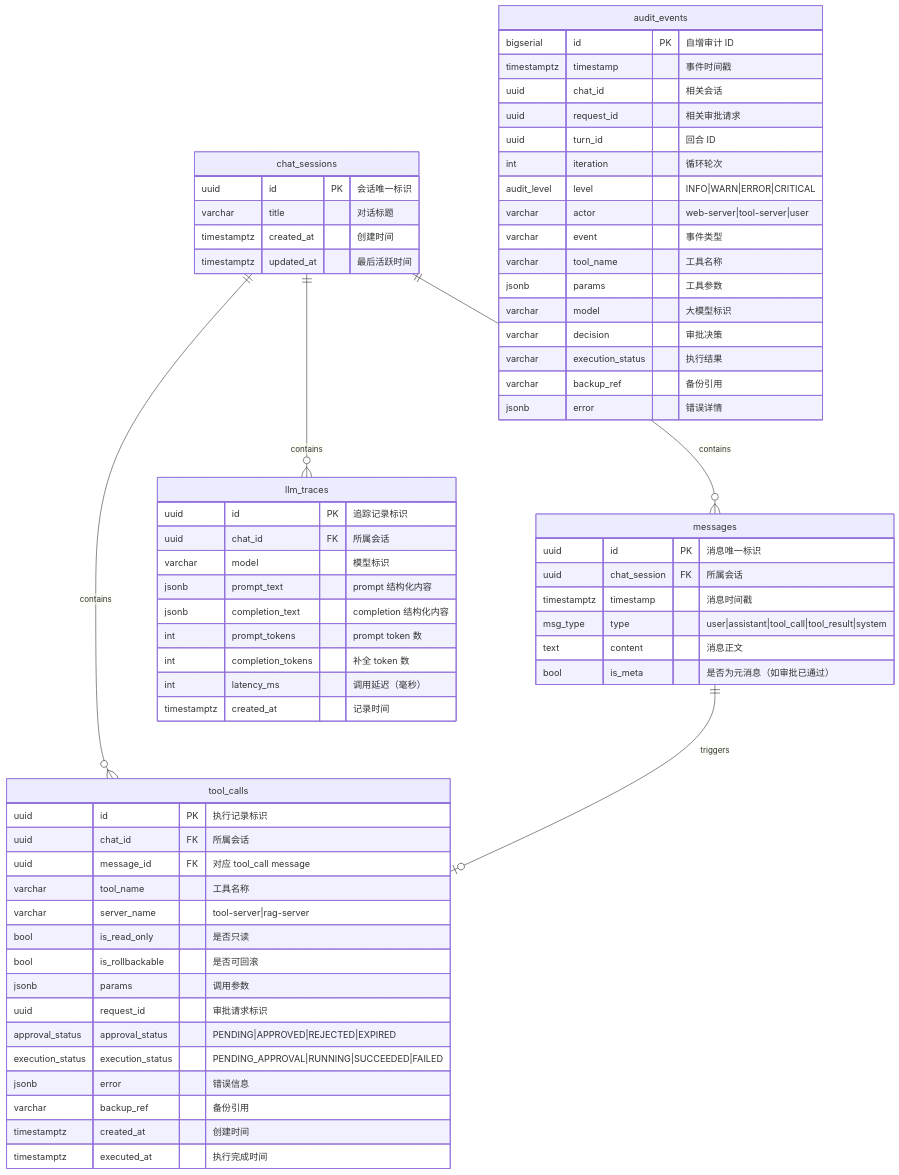
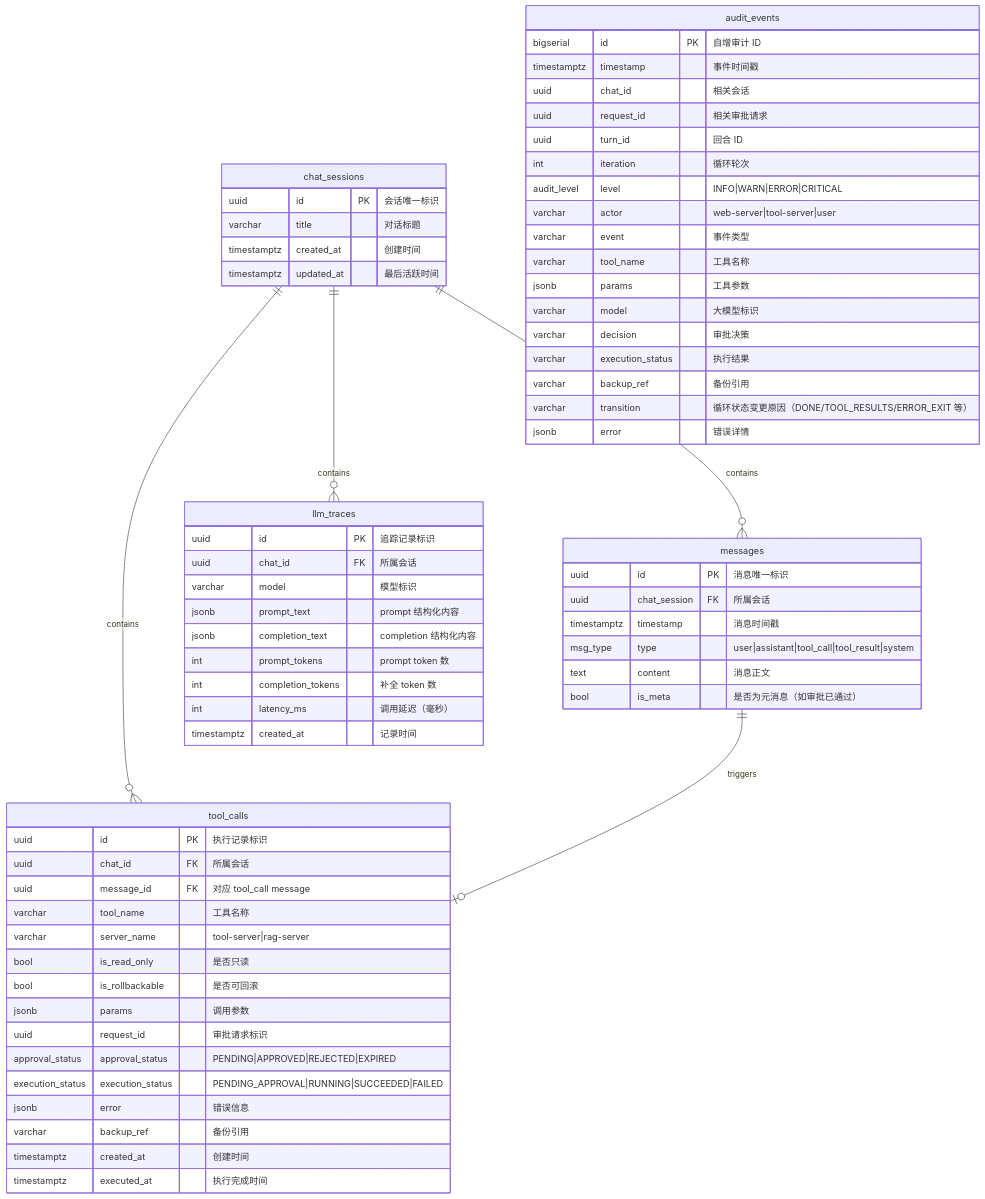
The diagram in doc/数据库设计.md (nazzeDe/alascup-agent), drawn with Mermaid before and after one commit. The commit also changed other lines of this file and 14 other files, not shown here.

````diff
--- a/doc/数据库设计.md
+++ b/doc/数据库设计.md
@@ -14,72 +14,73 @@
 ```mermaid
 erDiagram
     chat_sessions {
         uuid id PK "会话唯一标识"
         varchar title "对话标题"
         timestamptz created_at "创建时间"
         timestamptz updated_at "最后活跃时间"
     }
 
     messages {
         uuid id PK "消息唯一标识"
         uuid chat_session FK "所属会话"
         timestamptz timestamp "消息时间戳"
         msg_type type "user|assistant|tool_call|tool_result|system"
         text content "消息正文"
         bool is_meta "是否为元消息（如审批已通过）"
     }
 
     tool_calls {
         uuid id PK "执行记录标识"
         uuid chat_id FK "所属会话"
         uuid message_id FK "对应 tool_call message"
         varchar tool_name "工具名称"
         varchar server_name "tool-server|rag-server"
         bool is_read_only "是否只读"
         bool is_rollbackable "是否可回滚"
         jsonb params "调用参数"
         uuid request_id "审批请求标识"
         approval_status approval_status "PENDING|APPROVED|REJECTED|EXPIRED"
         execution_status execution_status "PENDING_APPROVAL|RUNNING|SUCCEEDED|FAILED"
         jsonb error "错误信息"
         varchar backup_ref "备份引用"
         timestamptz created_at "创建时间"
         timestamptz executed_at "执行完成时间"
     }
 
     audit_events {
         bigserial id PK "自增审计 ID"
         timestamptz timestamp "事件时间戳"
         uuid chat_id "相关会话"
         uuid request_id "相关审批请求"
         uuid turn_id "回合 ID"
         int iteration "循环轮次"
         audit_level level "INFO|WARN|ERROR|CRITICAL"
         varchar actor "web-server|tool-server|user"
         varchar event "事件类型"
         varchar tool_name "工具名称"
         jsonb params "工具参数"
         varchar model "大模型标识"
         varchar decision "审批决策"
         varchar execution_status "执行结果"
         varchar backup_ref "备份引用"
+        varchar transition "循环状态变更原因（DONE/TOOL_RESULTS/ERROR_EXIT 等）"
         jsonb error "错误详情"
     }
 
     llm_traces {
         uuid id PK "追踪记录标识"
         uuid chat_id FK "所属会话"
         varchar model "模型标识"
         jsonb prompt_text "prompt 结构化内容"
         jsonb completion_text "completion 结构化内容"
         int prompt_tokens "prompt token 数"
         int completion_tokens "补全 token 数"
         int latency_ms "调用延迟（毫秒）"
         timestamptz created_at "记录时间"
     }
 
     chat_sessions ||--o{ messages : contains
     chat_sessions ||--o{ tool_calls : contains
     chat_sessions ||--o{ llm_traces : contains
     messages ||--o| tool_calls : triggers
 ```
````
